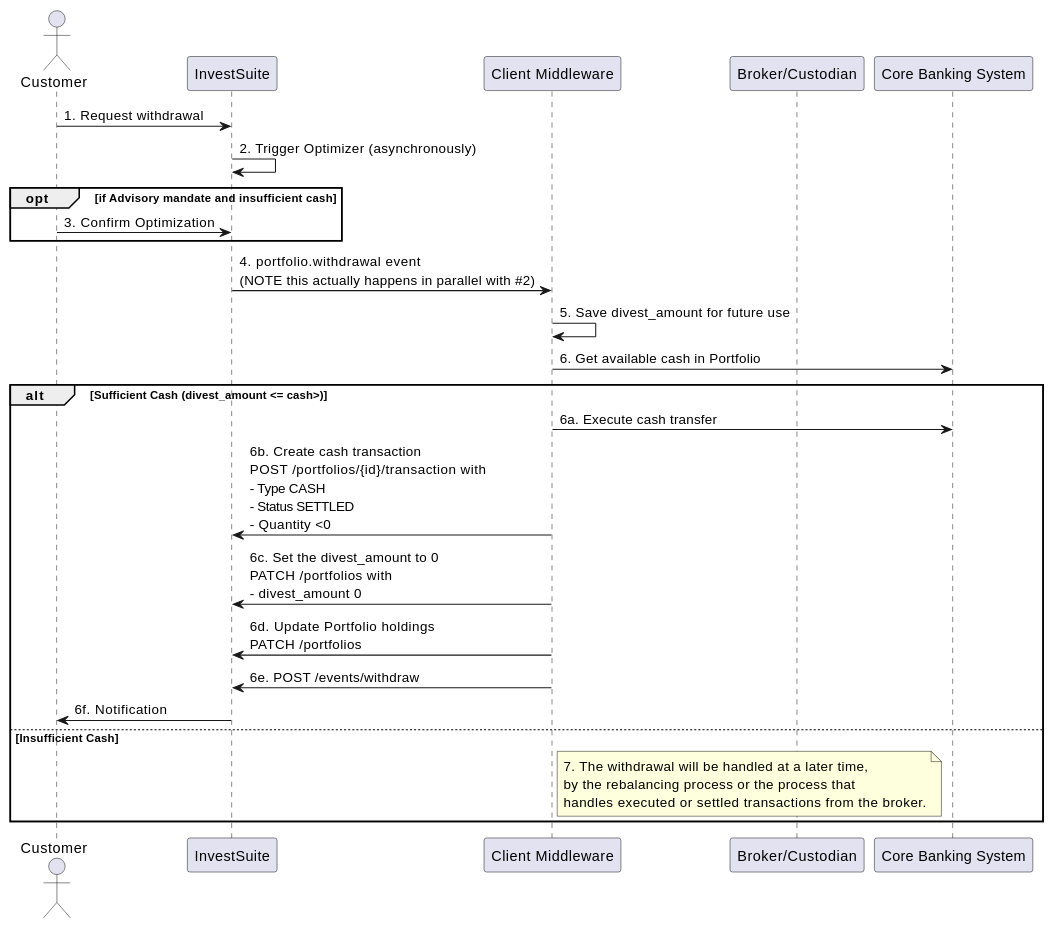
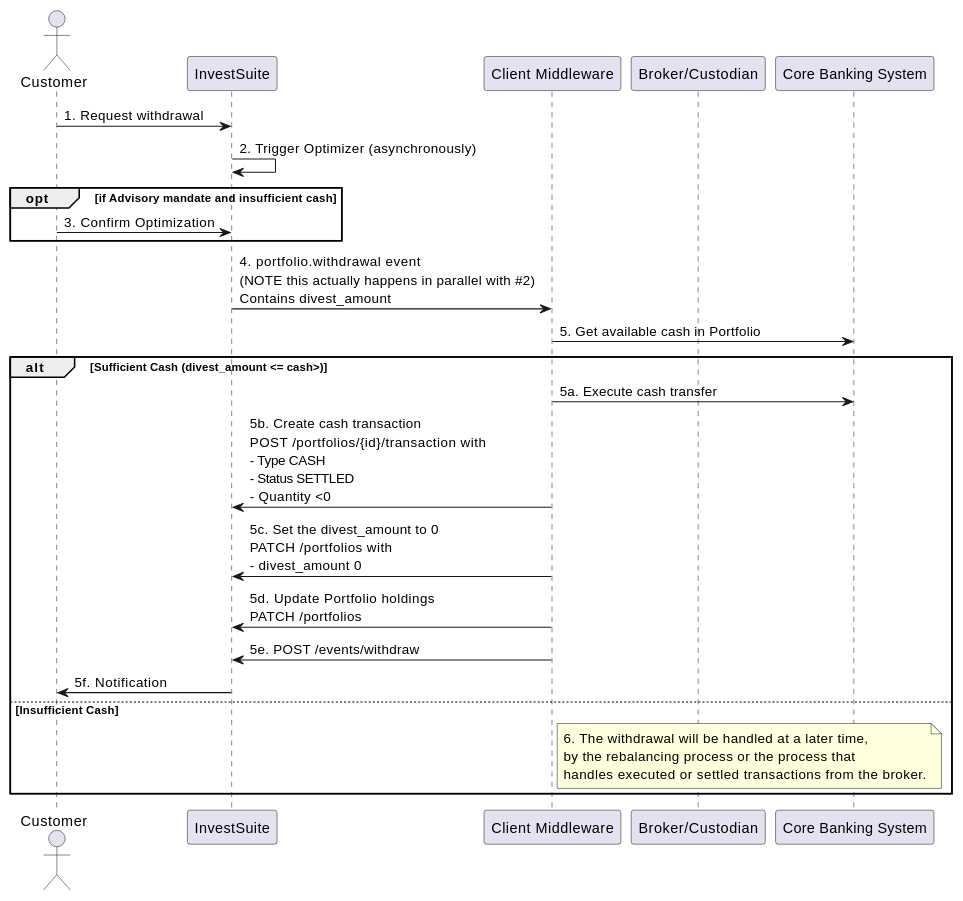
The third of 4 diagrams in docs/scenarios/cash_movements.md (arcilli/investsuite-api-docs), drawn with PlantUML before and after one commit. The commit also changed other lines of this file, not shown here.

Commit message:
fix(cash_movements): remove recommendation to store divest_amount in middleware

````diff
--- a/docs/scenarios/cash_movements.md
+++ b/docs/scenarios/cash_movements.md
@@ -142,26 +141,25 @@
 ```plantuml
     actor "Customer" as _cus
     participant "InvestSuite" as _ivs
     participant "Client Middleware" as _cmw
     participant "Broker/Custodian" as _bc
     participant "Core Banking System" as _cbs
 
     _cus->_ivs:1. Request withdrawal
     _ivs->_ivs:2. Trigger Optimizer (asynchronously)
     opt if Advisory mandate and insufficient cash
         _cus->_ivs:3. Confirm Optimization
     end
-    _ivs->_cmw: 4. portfolio.withdrawal event\n(NOTE this actually happens in parallel with #2)
-    _cmw -> _cmw: 5. Save divest_amount for future use
-    _cmw -> _cbs: 6. Get available cash in Portfolio
+    _ivs->_cmw: 4. portfolio.withdrawal event\n(NOTE this actually happens in parallel with #2)\nContains divest_amount
+    _cmw -> _cbs: 5. Get available cash in Portfolio
     alt Sufficient Cash (divest_amount <= cash>)
-        _cmw -> _cbs: 6a. Execute cash transfer
-        _cmw -> _ivs: 6b. Create cash transaction\nPOST /portfolios/{id}/transaction with\n- Type CASH\n- Status SETTLED\n- Quantity <0
-        _cmw -> _ivs: 6c. Set the divest_amount to 0\nPATCH /portfolios with\n- divest_amount 0
-        _cmw -> _ivs: 6d. Update Portfolio holdings\nPATCH /portfolios
-        _ivs <- _cmw: 6e. POST /events/withdraw
-        _cus <-_ivs: 6f. Notification
+        _cmw -> _cbs: 5a. Execute cash transfer
+        _cmw -> _ivs: 5b. Create cash transaction\nPOST /portfolios/{id}/transaction with\n- Type CASH\n- Status SETTLED\n- Quantity <0
+        _cmw -> _ivs: 5c. Set the divest_amount to 0\nPATCH /portfolios with\n- divest_amount 0
+        _cmw -> _ivs: 5d. Update Portfolio holdings\nPATCH /portfolios
+        _ivs <- _cmw: 5e. POST /events/withdraw
+        _cus <-_ivs: 5f. Notification
     else Insufficient Cash
-        note right of _cmw:7. The withdrawal will be handled at a later time,\nby the rebalancing process or the process that\nhandles executed or settled transactions from the broker.
+        note right of _cmw: 6. The withdrawal will be handled at a later time,\nby the rebalancing process or the process that\nhandles executed or settled transactions from the broker.
     end
 ```
````
